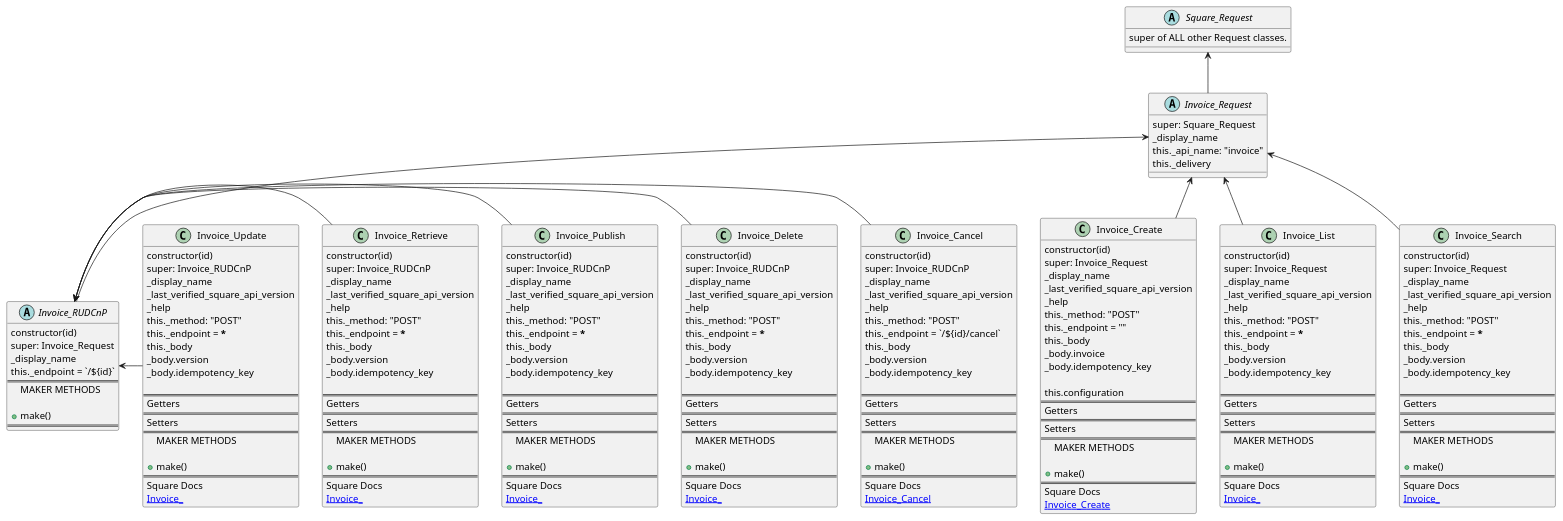
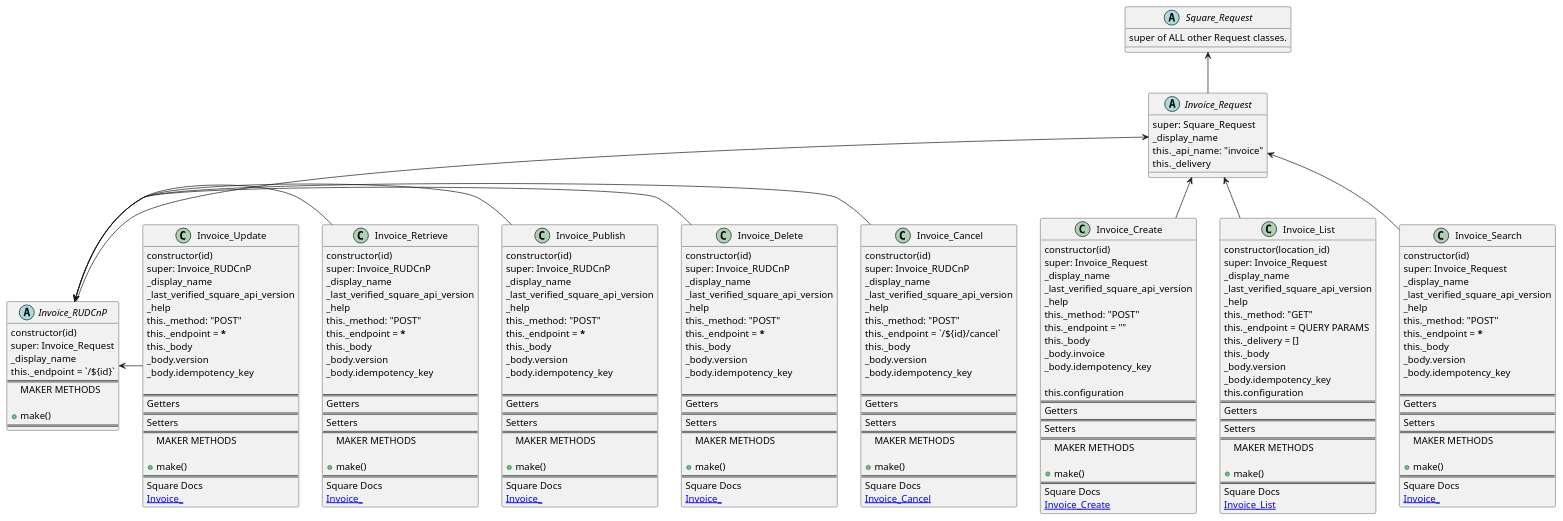
Before and after one commit to TwoFistedJustice/square-pie: the diagram in docs/uml/pie_invoice_api.puml, drawn with PlantUML.

Commit message:
docs: diagram List

```diff
--- a/docs/uml/pie_invoice_api.puml
+++ b/docs/uml/pie_invoice_api.puml
@@ -64,17 +64,18 @@
 
 
 class Invoice_List {
-constructor(id)
+constructor(location_id)
 super: Invoice_Request
 _display_name
 _last_verified_square_api_version
 _help
-this._method: "POST"
-this._endpoint = *****
+this._method: "GET"
+this._endpoint = QUERY PARAMS
+this._delivery = []
 this._body
 _body.version
 _body.idempotency_key
-
+this.configuration
 ==
 Getters
 ==
@@ -85,7 +86,7 @@
 +make()
 ==
 Square Docs
-[[ Invoice_ ]]
+[[https://developer.squareup.com/reference/square/invoices-api/list-invoices Invoice_List ]]
 }
 
 
```
